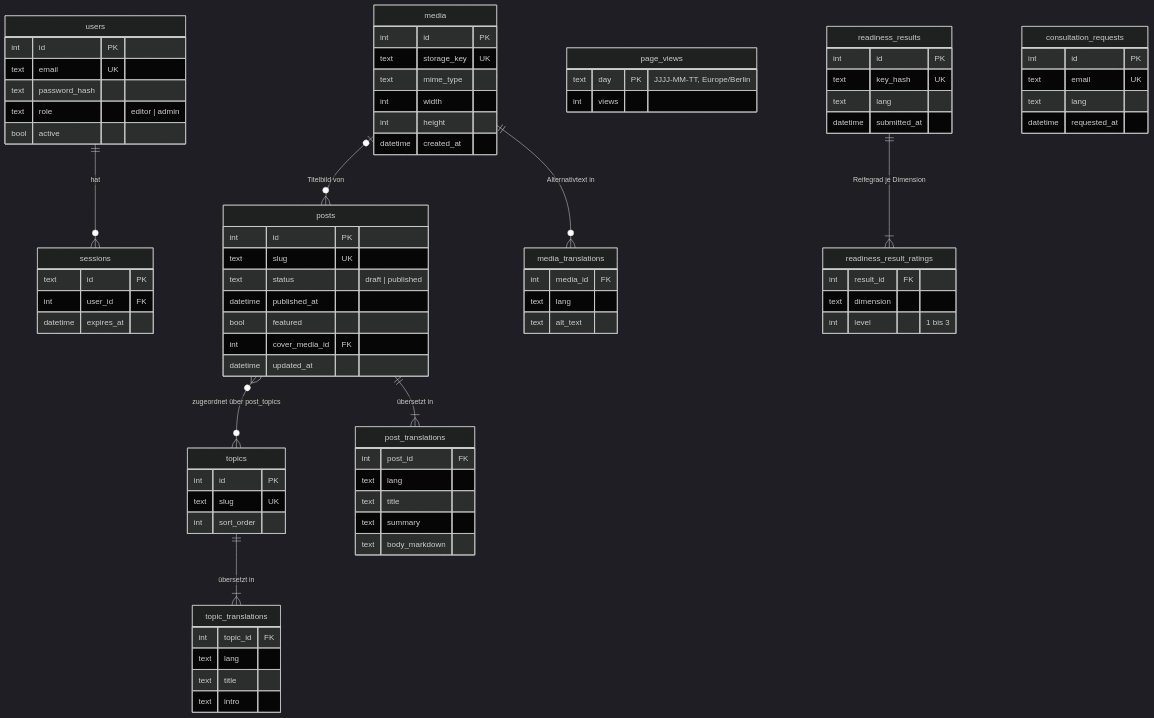
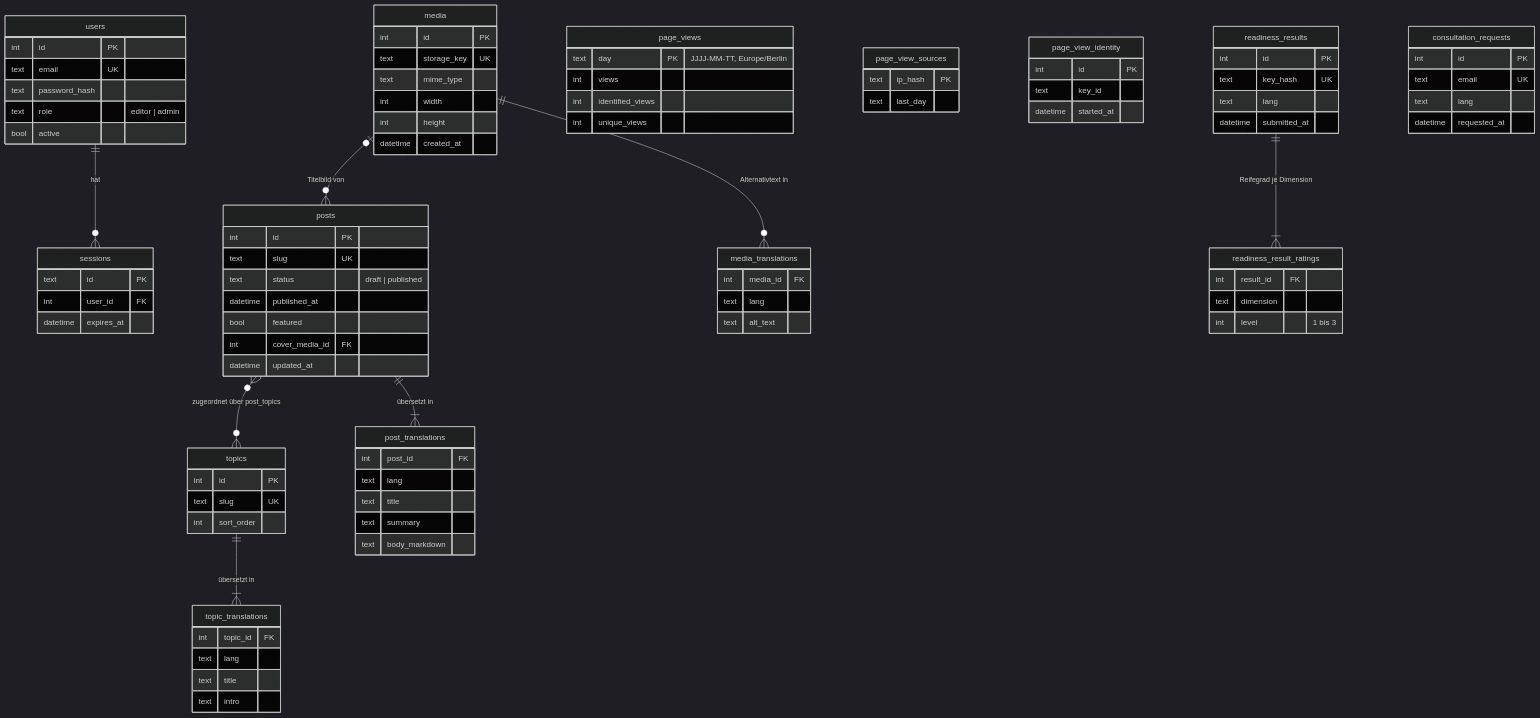
Before and after one commit to MarvinJakob/KIPerspektiven: the second of 2 diagrams in ARCHITECTURE.md, drawn with Mermaid (dark theme). The commit also changed other lines of this file and 38 other files, not shown here.

Commit message:
Add IP-deduplicated page view statistics (#142)

````diff
--- a/ARCHITECTURE.md
+++ b/ARCHITECTURE.md
@@ -329,60 +329,67 @@
 ```mermaid
 erDiagram
     users ||--o{ sessions : hat
     topics ||--|{ topic_translations : "übersetzt in"
     posts ||--|{ post_translations : "übersetzt in"
     posts }o--o{ topics : "zugeordnet über post_topics"
     media ||--o{ media_translations : "Alternativtext in"
     media |o--o{ posts : "Titelbild von"
 
     users { int id PK
             text email UK
             text password_hash
             text role "editor | admin"
             bool active }
     sessions { text id PK
                int user_id FK
                datetime expires_at }
     topics { int id PK
              text slug UK
              int sort_order }
     topic_translations { int topic_id FK
                          text lang
                          text title
                          text intro }
     posts { int id PK
             text slug UK
             text status "draft | published"
             datetime published_at
             bool featured
             int cover_media_id FK
             datetime updated_at }
     post_translations { int post_id FK
                         text lang
                         text title
                         text summary
                         text body_markdown }
     media { int id PK
             text storage_key UK
             text mime_type
             int width
             int height
             datetime created_at }
     media_translations { int media_id FK
                          text lang
                          text alt_text }
     page_views { text day PK "JJJJ-MM-TT, Europe/Berlin"
-                 int views }
+                 int views
+                 int identified_views
+                 int unique_views }
+    page_view_sources { text ip_hash PK
+                        text last_day }
+    page_view_identity { int id PK
+                         text key_id
+                         datetime started_at }
     readiness_results ||--|{ readiness_result_ratings : "Reifegrad je Dimension"
     readiness_results { int id PK
                         text key_hash UK
                         text lang
                         datetime submitted_at }
     readiness_result_ratings { int result_id FK
                                text dimension
                                int level "1 bis 3" }
     consultation_requests { int id PK
                             text email UK
                             text lang
                             datetime requested_at }
 ```
````
